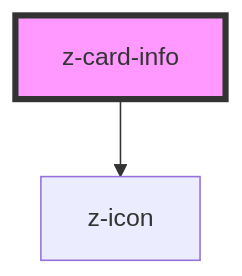
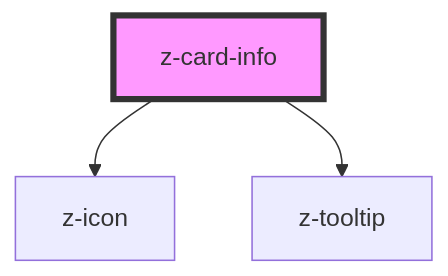
The diagram in src/components/card/z-card-info/readme.md (ZanichelliEditore/design-system), drawn with Mermaid before and after one commit. The commit also changed other lines of this file and 4 other files, not shown here.

````diff
--- a/src/components/card/z-card-info/readme.md
+++ b/src/components/card/z-card-info/readme.md
@@ -35,5 +36,6 @@
 ```mermaid
 graph TD;
   z-card-info --> z-icon
+  z-card-info --> z-tooltip
   style z-card-info fill:#f9f,stroke:#333,stroke-width:4px
 ```
````
